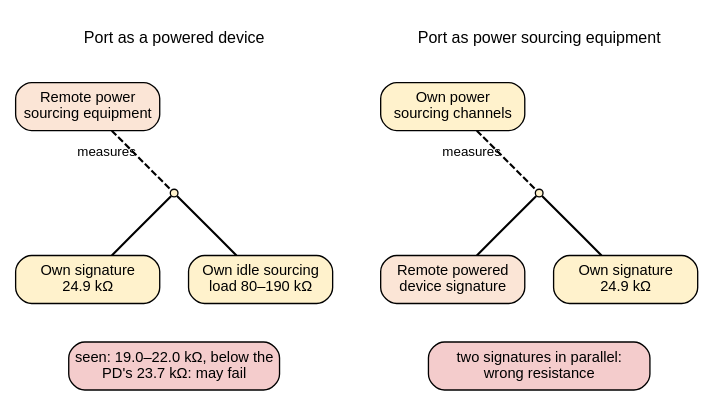
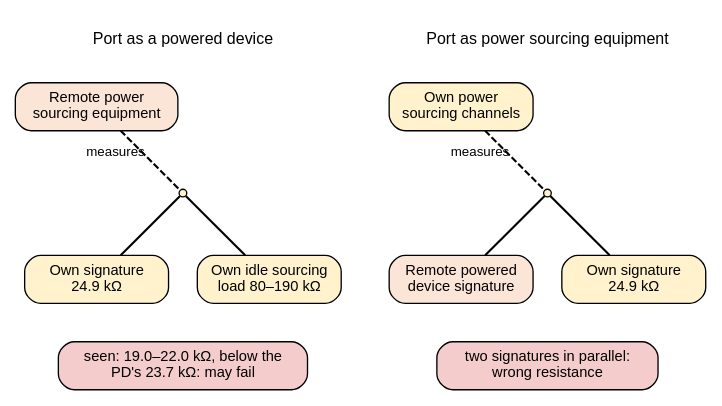
Before and after one commit to mithro/evampire: the diagram in docs/power/poe/dual-role-detect.dot, drawn with Graphviz.

Commit message:
Widen two boxes to fit their text

```diff
--- a/docs/power/poe/dual-role-detect.dot
+++ b/docs/power/poe/dual-role-detect.dot
@@ -1,40 +1,41 @@
 // Why a port that can take either role disconnects the path it is not
 // using. From dual-role.rst. Fixed grid (positions in inches): left panel
 // x=0-3.4, right x=3.8-7.2.
 //
 // Fill colours: far-end equipment #fbe5d6, power circuits #fff2cc,
 // outcomes #f4cccc (invalid). Dashed edges are measurements.
 //
 // SPDX-License-Identifier: Apache-2.0
 
 graph dual_role_detect {
     graph [layout=neato, splines=false, overlap=true, outputorder=edgesfirst,
            fontname="Helvetica"];
     node  [shape=box, style="rounded,filled", fillcolor="#fff2cc",
            fontname="Helvetica", fontsize=11, width=1.5, height=0.5,
            fixedsize=true];
     edge  [fontname="Helvetica", fontsize=10, penwidth=1.6];
 
     t1 [pos="1.7,3.6!", shape=plaintext, style="", width=3.3, fontsize=12,
         label="Port as a powered device"];
     t2 [pos="5.5,3.6!", shape=plaintext, style="", width=3.3, fontsize=12,
         label="Port as power sourcing equipment"];
 
-    r1 [pos="0.8,2.9!", label="Remote power\nsourcing equipment", fillcolor="#fbe5d6"];
+    r1 [pos="0.8,2.9!", label="Remote power\nsourcing equipment", width=1.7,
+        fillcolor="#fbe5d6"];
     c1 [pos="1.7,2.0!", shape=point, width=0.08];
     s1 [pos="0.8,1.1!", label="Own signature\n24.9 kΩ"];
     d1 [pos="2.6,1.1!", label="Own idle sourcing\nload 80–190 kΩ"];
-    o1 [pos="1.7,0.2!", label="seen: 19.0–22.0 kΩ, below the\nPD's 23.7 kΩ: may fail", width=2.2,
+    o1 [pos="1.7,0.2!", label="seen: 19.0–22.0 kΩ, below the\nPD's 23.7 kΩ: may fail", width=2.6,
         fillcolor="#f4cccc"];
     r1 -- c1 [style=dashed, label="  measures"];
     c1 -- s1; c1 -- d1;
 
     r2 [pos="4.6,2.9!", label="Own power\nsourcing channels"];
     c2 [pos="5.5,2.0!", shape=point, width=0.08];
     s2 [pos="4.6,1.1!", label="Remote powered\ndevice signature", fillcolor="#fbe5d6"];
     d2 [pos="6.4,1.1!", label="Own signature\n24.9 kΩ"];
     o2 [pos="5.5,0.2!", label="two signatures in parallel:\nwrong resistance", width=2.3,
         fillcolor="#f4cccc"];
     r2 -- c2 [style=dashed, label="  measures"];
     c2 -- s2; c2 -- d2;
 }
```
